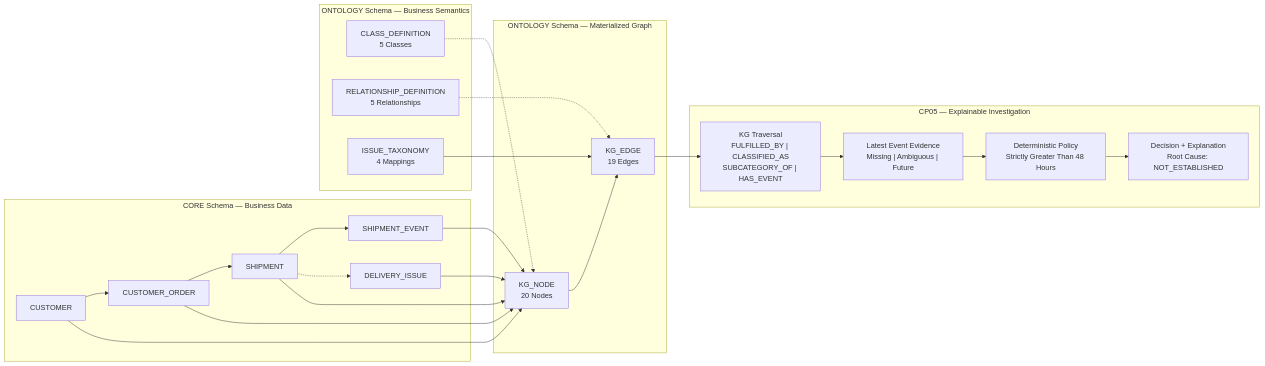
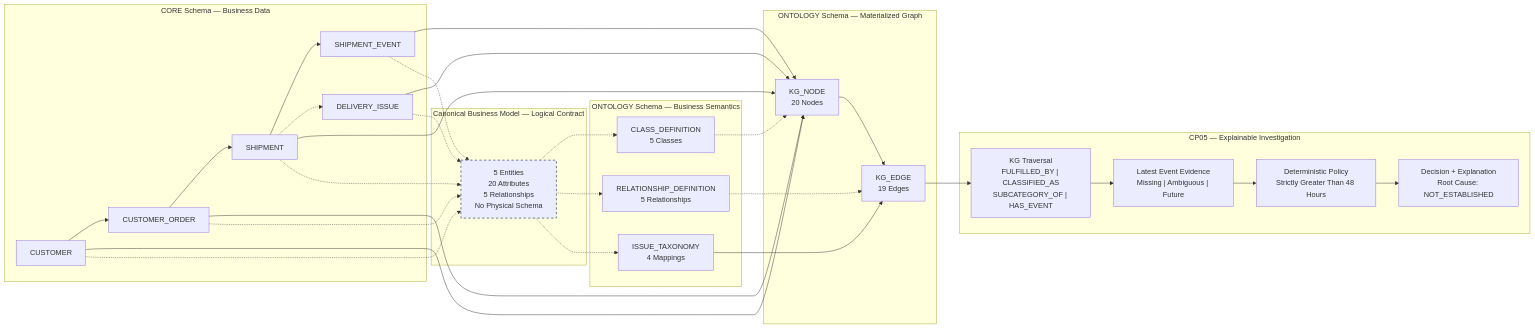
One commit to suvendusamal-ai/snowflake-ontology-ecommerce-lighthouse changed the diagram in docs/L1_technical_architecture.md. Above: the diagram before and after it, drawn with Mermaid. The commit also changed other lines of this file and 9 other files, not shown here.

Commit message:
docs: add canonical business model retrofit and validation evidence

````diff
--- a/docs/L1_technical_architecture.md
+++ b/docs/L1_technical_architecture.md
@@ -10,49 +10,65 @@
 ```mermaid
 flowchart LR
     subgraph CORE["CORE Schema — Business Data"]
         CU["CUSTOMER"]
         CO["CUSTOMER_ORDER"]
         SH["SHIPMENT"]
         EV["SHIPMENT_EVENT"]
         DI["DELIVERY_ISSUE"]
+    end
+
+    subgraph CANONICAL["Canonical Business Model — Logical Contract"]
+        CM["5 Entities<br/>20 Attributes<br/>5 Relationships<br/>No Physical Schema"]
     end
 
     subgraph META["ONTOLOGY Schema — Business Semantics"]
         CD["CLASS_DEFINITION<br/>5 Classes"]
         RD["RELATIONSHIP_DEFINITION<br/>5 Relationships"]
         TX["ISSUE_TAXONOMY<br/>4 Mappings"]
     end
 
     subgraph GRAPH["ONTOLOGY Schema — Materialized Graph"]
         KN["KG_NODE<br/>20 Nodes"]
         KE["KG_EDGE<br/>19 Edges"]
     end
 
     subgraph DECISION["CP05 — Explainable Investigation"]
         TR["KG Traversal<br/>FULFILLED_BY | CLASSIFIED_AS<br/>SUBCATEGORY_OF | HAS_EVENT"]
         LE["Latest Event Evidence<br/>Missing | Ambiguous | Future"]
         PO["Deterministic Policy<br/>Strictly Greater Than 48 Hours"]
         RE["Decision + Explanation<br/>Root Cause: NOT_ESTABLISHED"]
     end
 
     CU --> CO
     CO --> SH
     SH --> EV
     SH -.-> DI
 
     CU --> KN
     CO --> KN
     SH --> KN
     EV --> KN
     DI --> KN
 
+    CU -.-> CM
+    CO -.-> CM
+    SH -.-> CM
+    EV -.-> CM
+    DI -.-> CM
+
+    CM -.-> CD
+    CM -.-> RD
+    CM -.-> TX
+
     CD -.-> KN
     RD -.-> KE
     TX --> KE
     KN --> KE
 
     KE --> TR
     TR --> LE
     LE --> PO
     PO --> RE
+
+    style CM stroke:#64748b,stroke-width:2px,stroke-dasharray:5 5
 ```
````
